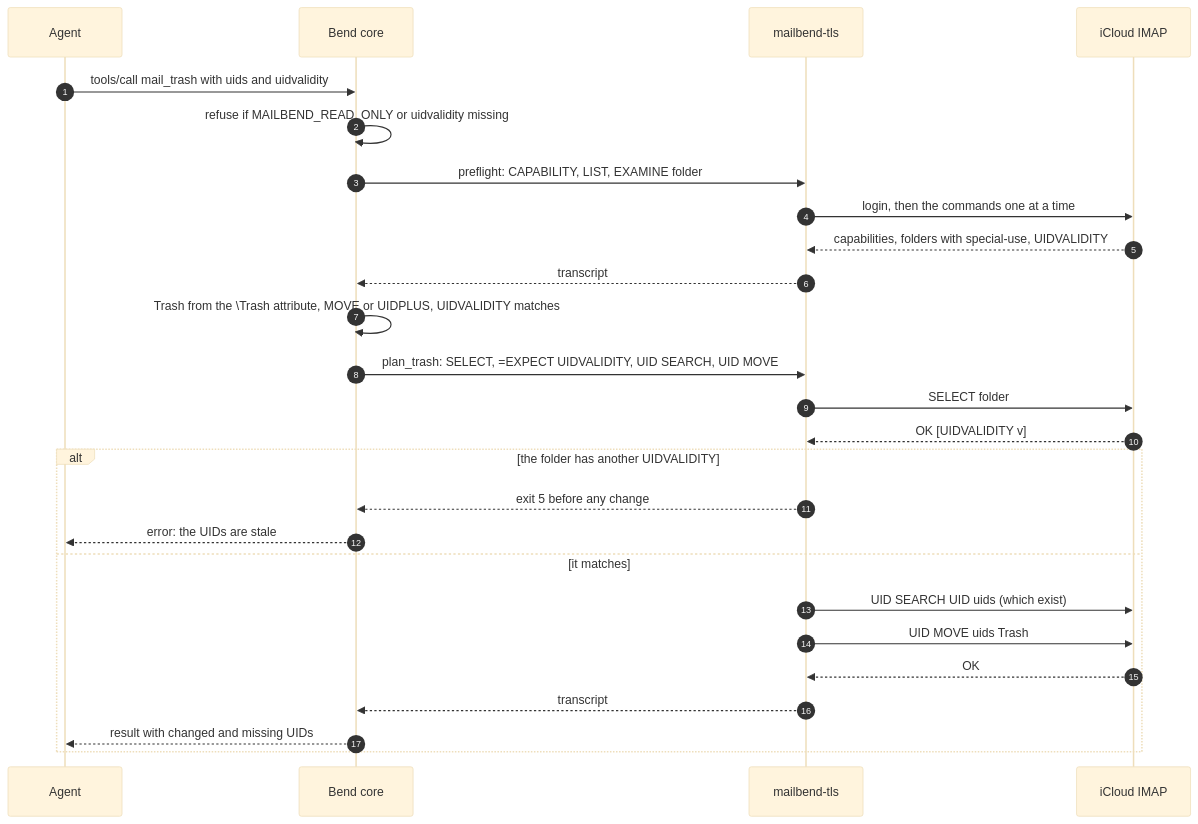
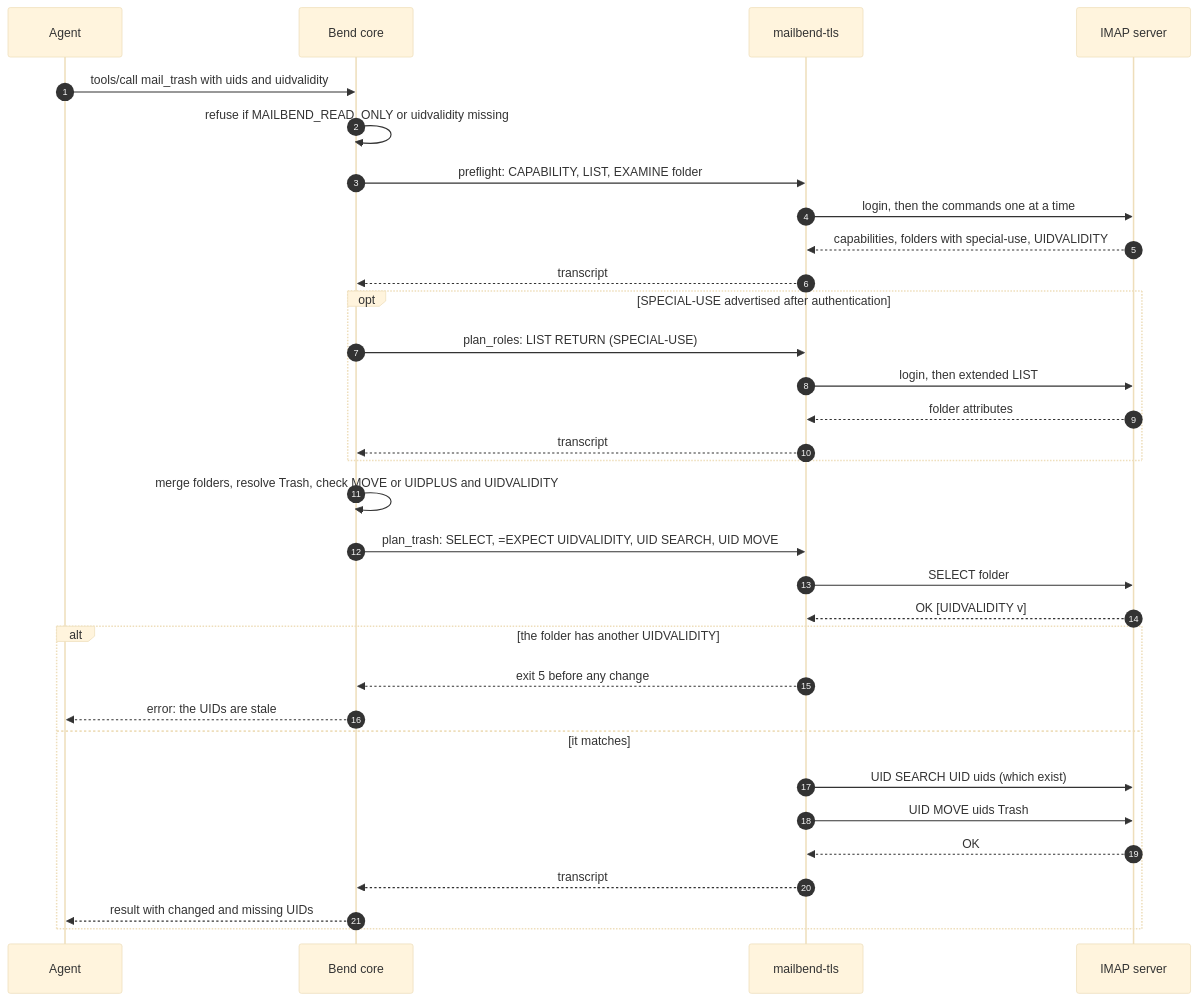
One commit to albertc71/MailBend changed the third of 3 diagrams in docs/ARCHITECTURE.md. Above: the diagram before and after it, drawn with Mermaid (base theme). The commit also changed other lines of this file and 28 other files, not shown here.

First line of the commit message:
fix: resolve partial IMAP roles for iCloud drafts and refactor (#4)

````diff
--- a/docs/ARCHITECTURE.md
+++ b/docs/ARCHITECTURE.md
@@ -109,28 +116,34 @@
 ```mermaid
 sequenceDiagram
   autonumber
   participant A as Agent
   participant C as Bend core
   participant H as mailbend-tls
-  participant S as iCloud IMAP
+  participant S as IMAP server
   A->>C: tools/call mail_trash with uids and uidvalidity
   C->>C: refuse if MAILBEND_READ_ONLY or uidvalidity missing
   C->>H: preflight: CAPABILITY, LIST, EXAMINE folder
   H->>S: login, then the commands one at a time
   S-->>H: capabilities, folders with special-use, UIDVALIDITY
   H-->>C: transcript
-  C->>C: Trash from the \Trash attribute, MOVE or UIDPLUS, UIDVALIDITY matches
+  opt SPECIAL-USE advertised after authentication
+    C->>H: plan_roles: LIST RETURN (SPECIAL-USE)
+    H->>S: login, then extended LIST
+    S-->>H: folder attributes
+    H-->>C: transcript
+  end
+  C->>C: merge folders, resolve Trash, check MOVE or UIDPLUS and UIDVALIDITY
   C->>H: plan_trash: SELECT, =EXPECT UIDVALIDITY, UID SEARCH, UID MOVE
   H->>S: SELECT folder
   S-->>H: OK [UIDVALIDITY v]
   alt the folder has another UIDVALIDITY
     H-->>C: exit 5 before any change
     C-->>A: error: the UIDs are stale
   else it matches
     H->>S: UID SEARCH UID uids (which exist)
     H->>S: UID MOVE uids Trash
     S-->>H: OK
     H-->>C: transcript
     C-->>A: result with changed and missing UIDs
   end
 ```
````
